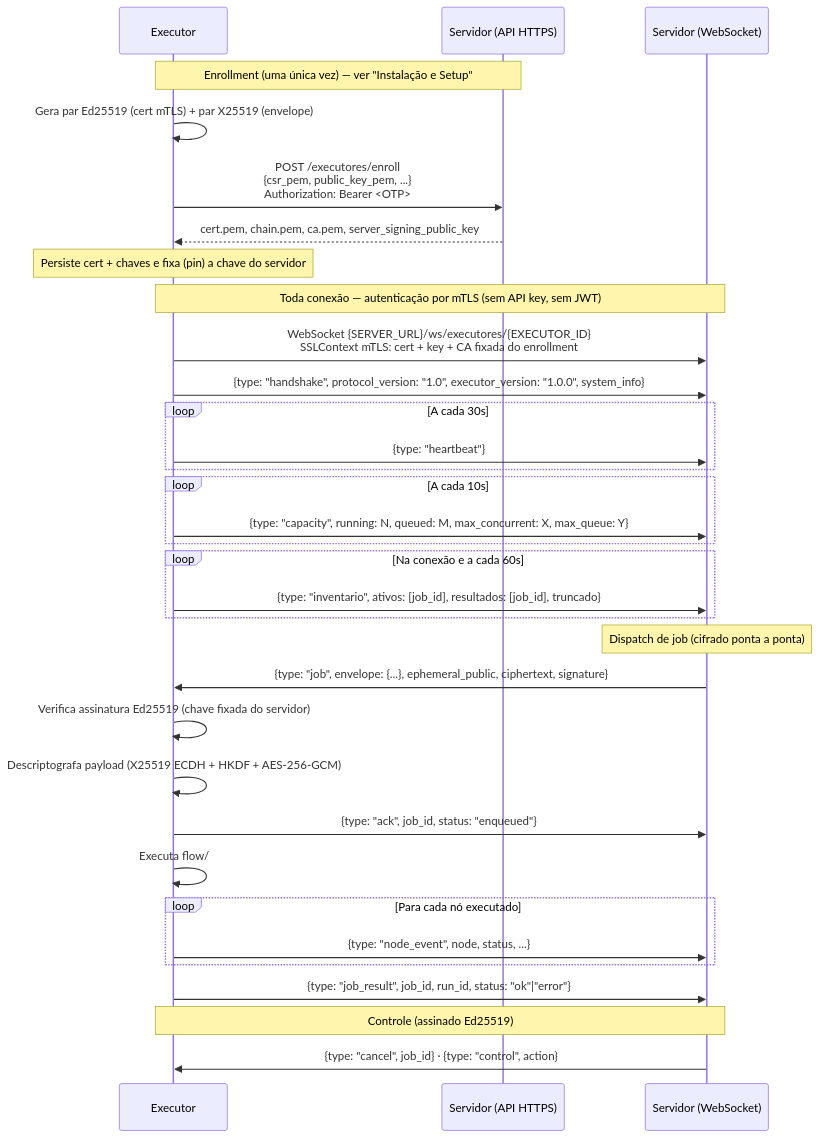
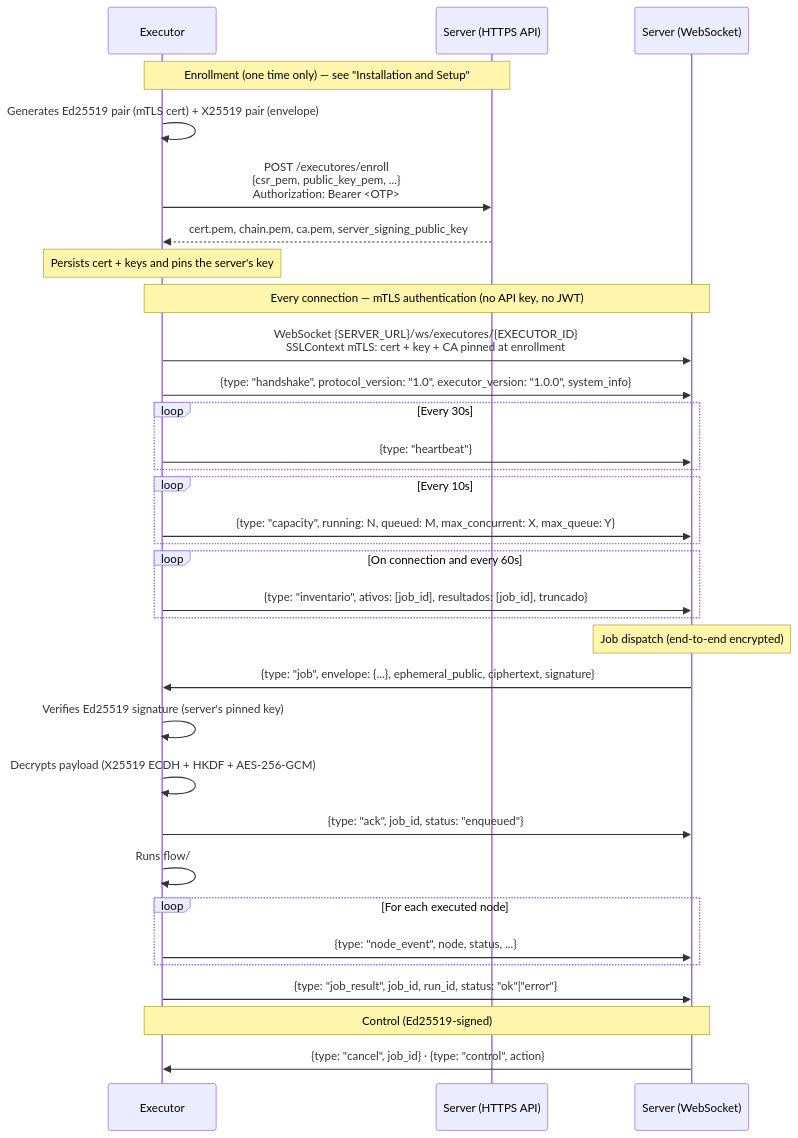
One commit to jlanio/atlans changed the first of 2 diagrams in executor/README.md. Above: the diagram before and after it, drawn with Mermaid. The commit also changed other lines of this file and 41 other files, not shown here.

````diff
--- a/executor/README.md
+++ b/executor/README.md
@@ -512,44 +512,44 @@
 ```mermaid
 sequenceDiagram
     participant Ex as Executor
-    participant API as Servidor (API HTTPS)
-    participant WS as Servidor (WebSocket)
+    participant API as Server (HTTPS API)
+    participant WS as Server (WebSocket)
 
-    Note over Ex,API: Enrollment (uma única vez) — ver "Instalação e Setup"
-    Ex->>Ex: Gera par Ed25519 (cert mTLS) + par X25519 (envelope)
+    Note over Ex,API: Enrollment (one time only) — see "Installation and Setup"
+    Ex->>Ex: Generates Ed25519 pair (mTLS cert) + X25519 pair (envelope)
     Ex->>API: POST /executores/enroll<br/>{csr_pem, public_key_pem, ...}<br/>Authorization: Bearer <OTP>
     API-->>Ex: cert.pem, chain.pem, ca.pem, server_signing_public_key
-    Note over Ex: Persiste cert + chaves e fixa (pin) a chave do servidor
+    Note over Ex: Persists cert + keys and pins the server's key
 
-    Note over Ex,WS: Toda conexão — autenticação por mTLS (sem API key, sem JWT)
-    Ex->>WS: WebSocket {SERVER_URL}/ws/executores/{EXECUTOR_ID}<br/>SSLContext mTLS: cert + key + CA fixada do enrollment
+    Note over Ex,WS: Every connection — mTLS authentication (no API key, no JWT)
+    Ex->>WS: WebSocket {SERVER_URL}/ws/executores/{EXECUTOR_ID}<br/>SSLContext mTLS: cert + key + CA pinned at enrollment
     Ex->>WS: {type: "handshake", protocol_version: "1.0", executor_version: "1.0.0", system_info}
 
-    loop A cada 30s
+    loop Every 30s
         Ex->>WS: {type: "heartbeat"}
     end
 
-    loop A cada 10s
+    loop Every 10s
         Ex->>WS: {type: "capacity", running: N, queued: M, max_concurrent: X, max_queue: Y}
     end
 
-    loop Na conexão e a cada 60s
+    loop On connection and every 60s
         Ex->>WS: {type: "inventario", ativos: [job_id], resultados: [job_id], truncado}
     end
 
-    Note over WS: Dispatch de job (cifrado ponta a ponta)
+    Note over WS: Job dispatch (end-to-end encrypted)
     WS->>Ex: {type: "job", envelope: {...}, ephemeral_public, ciphertext, signature}
-    Ex->>Ex: Verifica assinatura Ed25519 (chave fixada do servidor)
-    Ex->>Ex: Descriptografa payload (X25519 ECDH + HKDF + AES-256-GCM)
+    Ex->>Ex: Verifies Ed25519 signature (server's pinned key)
+    Ex->>Ex: Decrypts payload (X25519 ECDH + HKDF + AES-256-GCM)
     Ex->>WS: {type: "ack", job_id, status: "enqueued"}
-    Ex->>Ex: Executa flow/
+    Ex->>Ex: Runs flow/
 
-    loop Para cada nó executado
+    loop For each executed node
         Ex->>WS: {type: "node_event", node, status, ...}
     end
 
     Ex->>WS: {type: "job_result", job_id, run_id, status: "ok"|"error"}
 
-    Note over WS,Ex: Controle (assinado Ed25519)
+    Note over WS,Ex: Control (Ed25519-signed)
     WS->>Ex: {type: "cancel", job_id} · {type: "control", action}
 ```
````
